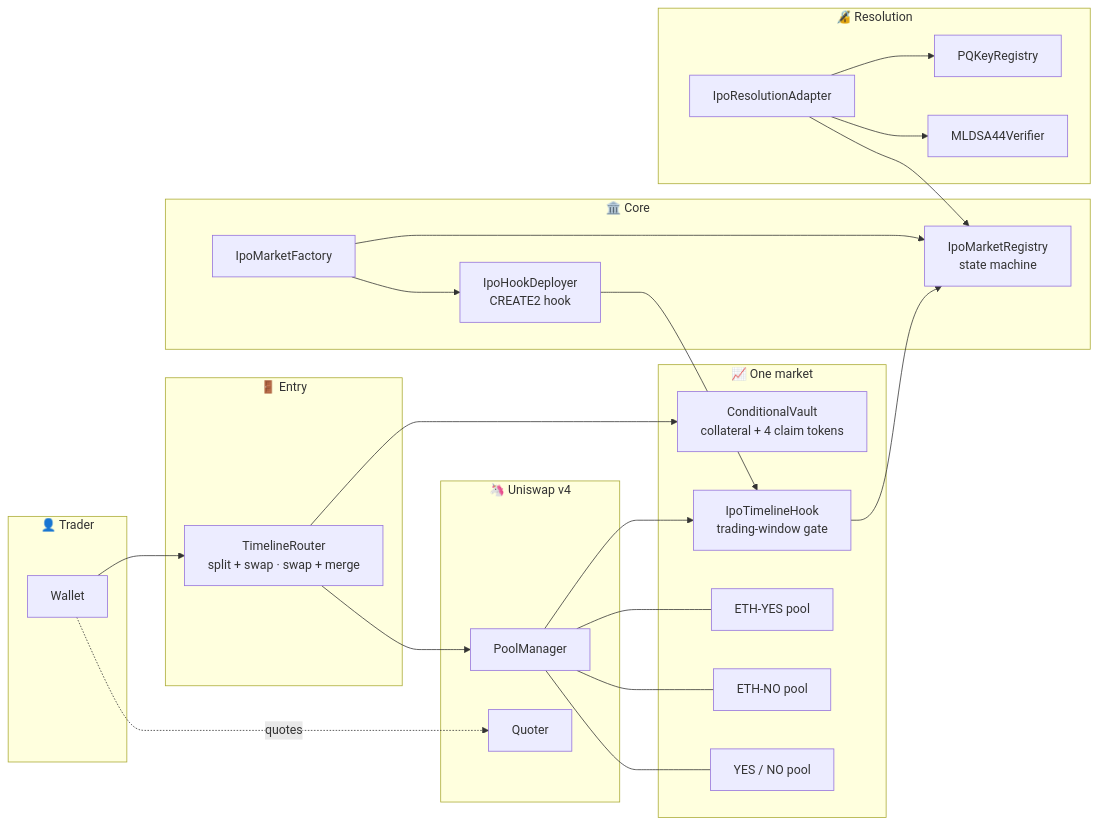
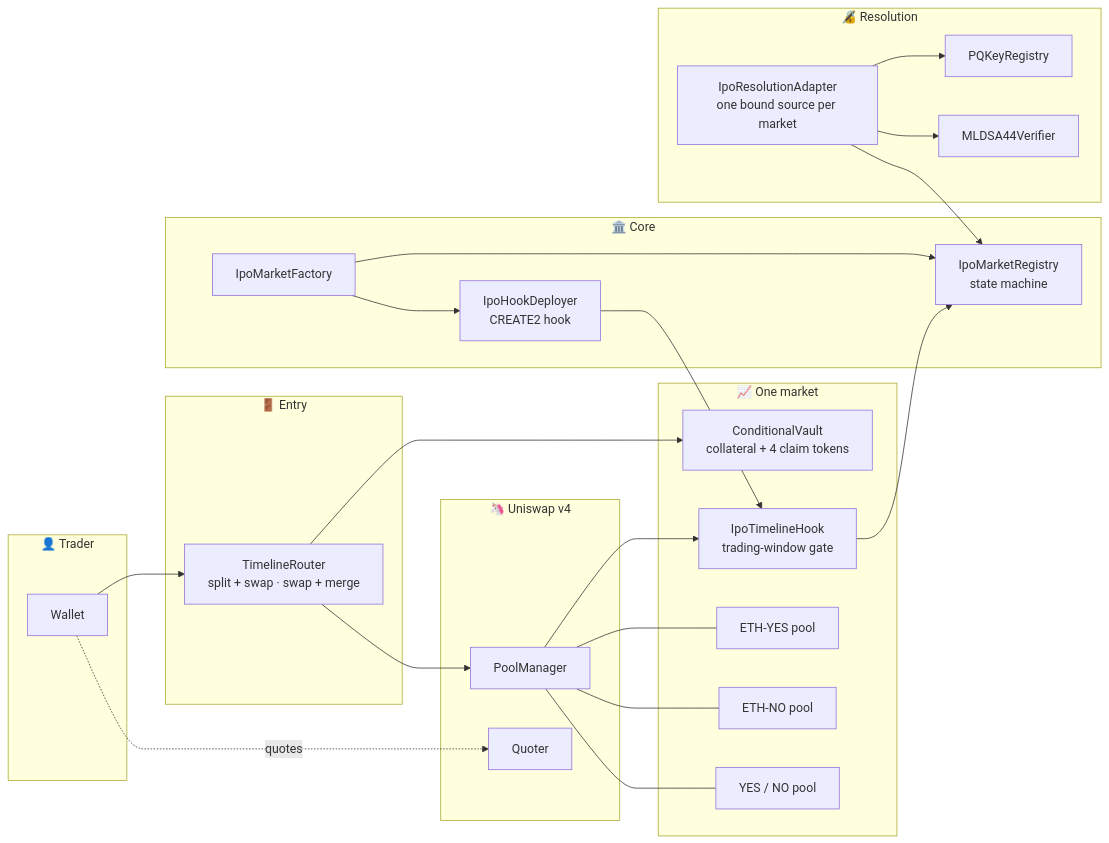
Before and after one commit to Quantum-Timeline/QTimelineHook: the first of 2 diagrams in README.md, drawn with Mermaid. The commit also changed other lines of this file and 4 other files, not shown here.

````diff
--- a/README.md
+++ b/README.md
@@ -54,51 +61,51 @@
 ```mermaid
 flowchart LR
     subgraph User["👤 Trader"]
         W["Wallet"]
     end
 
     subgraph Entry["🚪 Entry"]
         R["TimelineRouter<br/>split + swap · swap + merge"]
     end
 
     subgraph Market["📈 One market"]
         V["ConditionalVault<br/>collateral + 4 claim tokens"]
         H["IpoTimelineHook<br/>trading-window gate"]
         P1["ETH-YES pool"]
         P2["ETH-NO pool"]
         P3["YES / NO pool"]
     end
 
     subgraph Core["🏛️ Core"]
         F["IpoMarketFactory"]
         Reg["IpoMarketRegistry<br/>state machine"]
         HD["IpoHookDeployer<br/>CREATE2 hook"]
     end
 
     subgraph Oracle["🔏 Resolution"]
-        A["IpoResolutionAdapter"]
+        A["IpoResolutionAdapter<br/>one bound source per market"]
         PQ["PQKeyRegistry"]
         VER["MLDSA44Verifier"]
     end
 
     subgraph Uni["🦄 Uniswap v4"]
         PM["PoolManager"]
         Q["Quoter"]
     end
 
     W --> R
     R --> V
     R --> PM
     PM --> H
     H --> Reg
     PM --- P1
     PM --- P2
     PM --- P3
     F --> Reg
     F --> HD
     HD --> H
     A --> Reg
     A --> PQ
     A --> VER
     W -. quotes .-> Q
 ```
````
